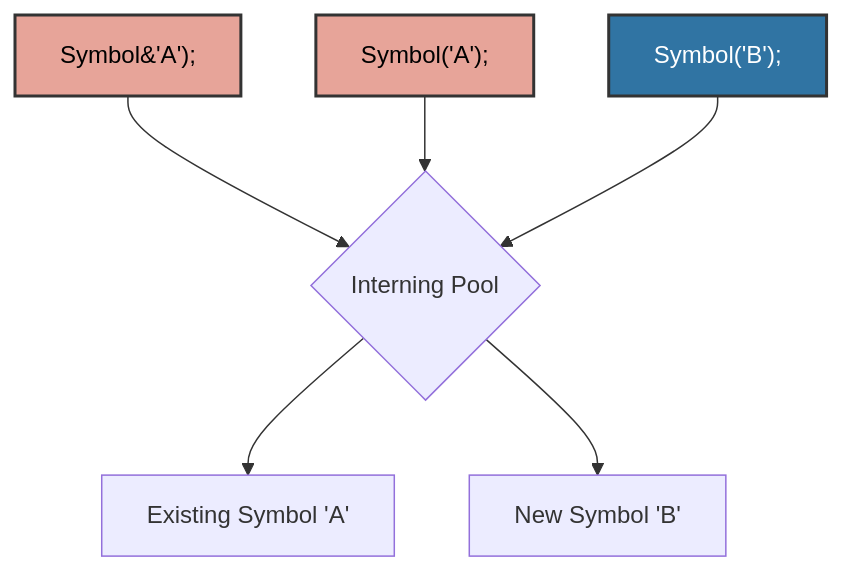
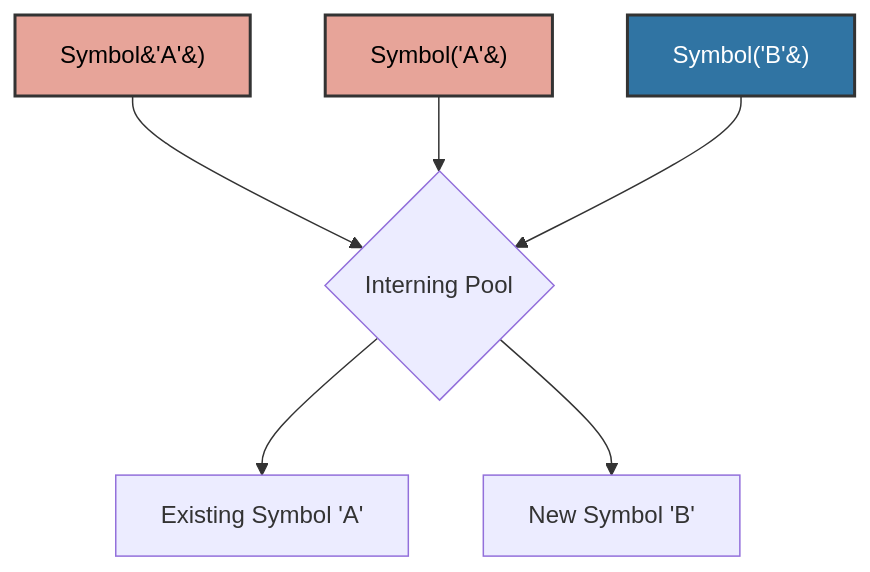
The first of 2 diagrams in docs/readme_details/1_symbol_fundamental_building_block/index.md (ikko/sym), drawn with Mermaid before and after one commit. The commit also changed 18 other files, not shown here.

````diff
--- a/docs/readme_details/1_symbol_fundamental_building_block/index.md
+++ b/docs/readme_details/1_symbol_fundamental_building_block/index.md
@@ -18,13 +18,13 @@
 ```mermaid
 graph TD
-    A[Symbol&'A'#41;;] --> B{Interning Pool};
+    A[Symbol&'A'&#41;] --> B{Interning Pool};
     B --> C[Existing Symbol 'A'];
-    D[Symbol#40;'A'#41;;] --> B;
-    E[Symbol#40;'B'#41;;] --> B;
+    D[Symbol&#40'A'&#41;] --> B;
+    E[Symbol&#40'B'&#41;] --> B;
     B --> F[New Symbol 'B'];
     style E fill:#ed4561,stroke:#333,stroke-width:2px,color:#FFFFFF;
 
     style A fill:#e7a499,stroke:#333,stroke-width:2px,color:#000000;
     style D fill:#e7a499,stroke:#333,stroke-width:2px,color:#000000;
     style E fill:#3074a3,stroke:#333,stroke-width:2px,color:#FFFFFF;
 ```
````
